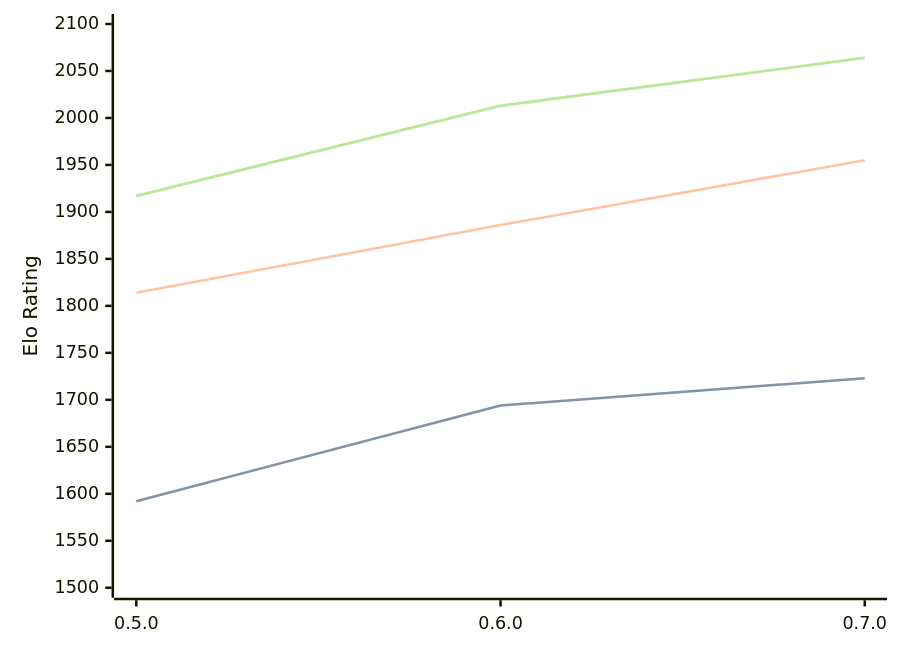
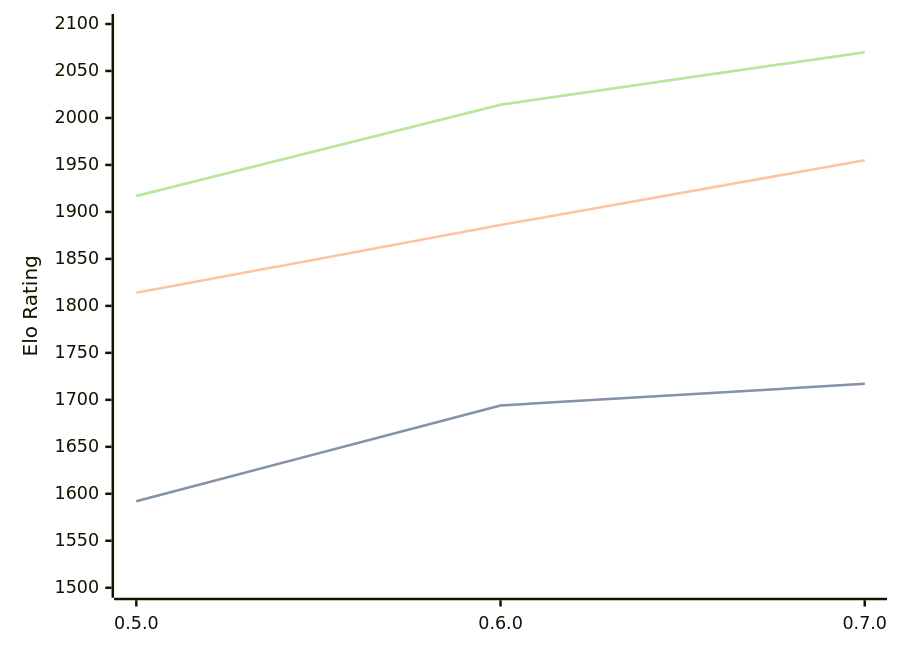
One commit to computer-chess-index/cci changed the diagram in engines/Chess-rs.md. Above: the diagram before and after it, drawn with Mermaid. The commit also changed other lines of this file, not shown here.

Commit message:
Update CCI Ratings (ELO VLTC) - 2026-04-22

````diff
--- a/engines/Chess-rs.md
+++ b/engines/Chess-rs.md
@@ -41,11 +41,11 @@
 ```mermaid
 %%{init: {"theme":"base","themeVariables":{"seriesColors:['#a3a3a3','#222221','#faa371']}}}%%
 xychart-beta
   x-axis ["0.5.0", "0.6.0", "0.7.0"]
   y-axis "Elo Rating" 1500 --> 2100
-  line "STC (8.0+0.08s)" [1592, 1694, 1723]
-  line "STC (8.0+0.08s)" [1592, 1694, 1723]
+  line "STC (8.0+0.08s)" [1592, 1694, 1717]
+  line "STC (8.0+0.08s)" [1592, 1694, 1717]
   line "LTC (60.0+0.60s)" [1814, 1886, 1955]
-  line "VLTC (2m24s+1.12s)" [1917, 2013, 2064]
-  line "VLTC (2m24s+1.12s)" [1917, 2013, 2064]
+  line "VLTC (2m24s+1.12s)" [1917, 2014, 2070]
+  line "VLTC (2m24s+1.12s)" [1917, 2014, 2070]
 ```
````
